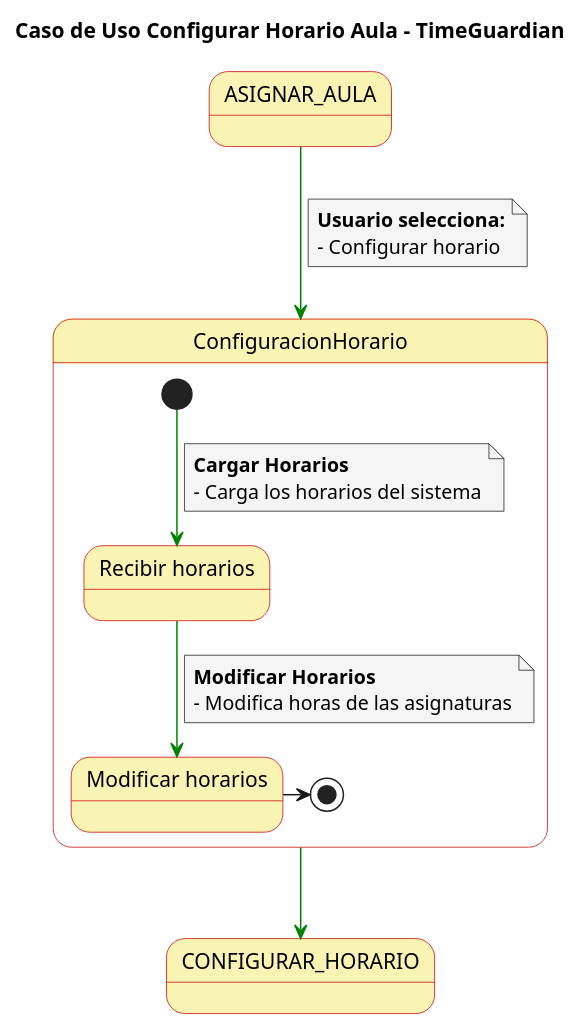
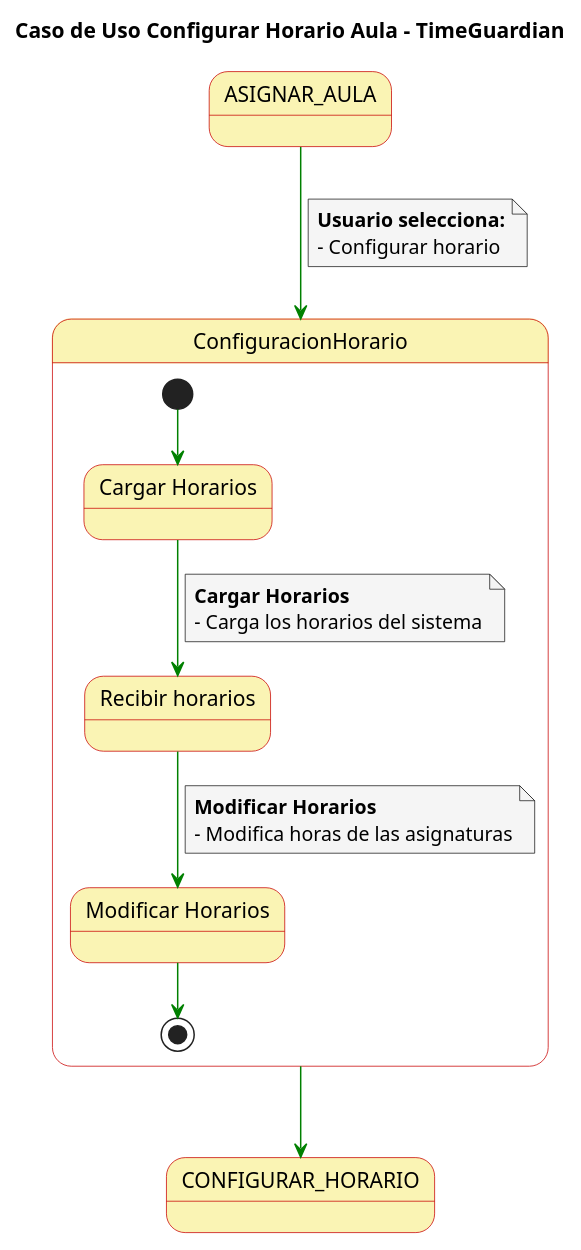
The diagram in Casos de Uso/DetalleConfiguraciónHorario.puml (FernandoWilliam26/23-24-IdSw1-SDR), drawn with PlantUML before and after one commit. The commit also changed 1 other file, not shown here.

Commit message:
Cambiando detalle configuracionHorario

```diff
--- a/Casos de Uso/DetalleConfiguraciónHorario.puml
+++ b/Casos de Uso/DetalleConfiguraciónHorario.puml
@@ -1,44 +1,43 @@
 @startuml
+
 skinparam state {
   BackgroundColor #faf4b4
   BorderColor #c90000
 }
 
 skinparam note {
   BackgroundColor #f5f5f5
 }
 
 skinparam linetype polyline
 
 title Caso de Uso Configurar Horario Aula - TimeGuardian
 
-ASIGNAR_AULA-[#green]-> ConfiguracionHorario
+ASIGNAR_AULA -[#green]-> ConfiguracionHorario 
 note on link
   **Usuario selecciona:**
-  - Configurar horario 
+  - Configurar horario
 end note
 
 state ConfiguracionHorario {
-
-  state "Recibir horarios" as RecibirHorarios
-    state "Modificar horarios" as ModificarHorarios
-
-
+  state 1 as "Cargar Horarios"
+  state 2 as "Recibir horarios"
+  state 3 as "Modificar Horarios"
   
-  [*] -[#green]-> RecibirHorarios
-note on link 
-**Cargar Horarios**
-- Carga los horarios del sistema
-end note
-
-  RecibirHorarios -[#green]-> ModificarHorarios
-note on link 
-**Modificar Horarios**
-- Modifica horas de las asignaturas
-end note
-ModificarHorarios ->[*]
- 
+  [*] -[#green]-> 1
+  1 -[#green]-> 2
+  note on link
+      **Cargar Horarios**
+      - Carga los horarios del sistema
+  end note
+  2 -[#green]-> 3
+  note on link
+    **Modificar Horarios**
+    - Modifica horas de las asignaturas
+  end note
+  3 -[#green]-> [*]
 }
 
 ConfiguracionHorario -[#green]-> CONFIGURAR_HORARIO
+
 @enduml
```
